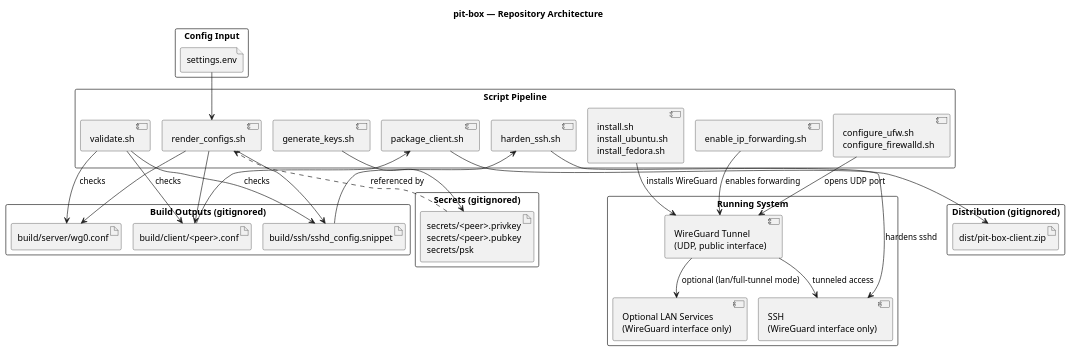
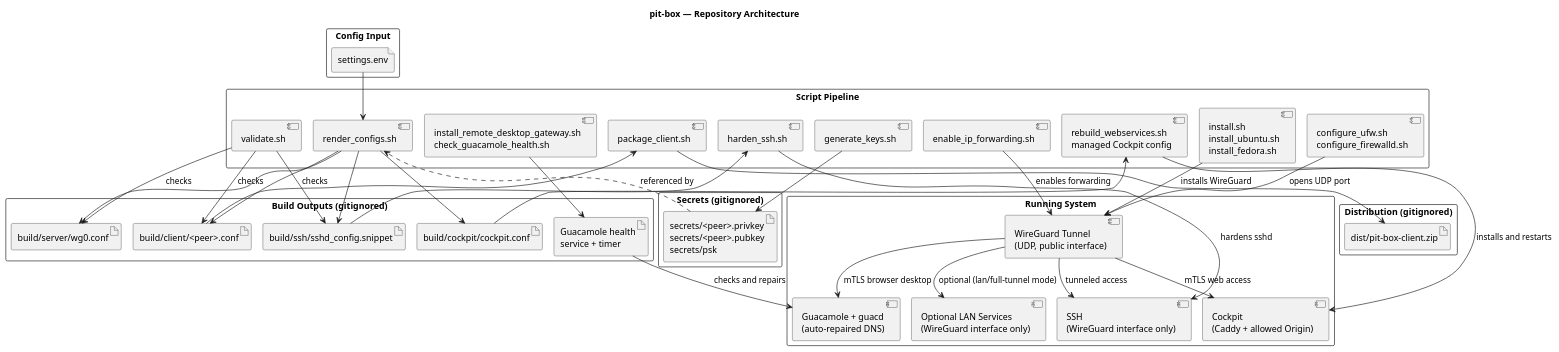
The diagram in docs/diagrams/repo-architecture.puml (casonk/pit-box), drawn with PlantUML before and after one commit. The commit also changed 21 other files, not shown here.

```diff
--- a/docs/diagrams/repo-architecture.puml
+++ b/docs/diagrams/repo-architecture.puml
@@ -1,65 +1,78 @@
 @startuml repo-architecture
 !pragma layout smetana
 
 title pit-box — Repository Architecture
 
 rectangle "Config Input" {
     file "settings.env" as ENV
 }
 
 rectangle "Script Pipeline" {
     component "render_configs.sh" as RENDER
     component "generate_keys.sh" as KEYGEN
     component "install.sh\ninstall_ubuntu.sh\ninstall_fedora.sh" as INSTALL
     component "enable_ip_forwarding.sh" as IPFWD
     component "configure_ufw.sh\nconfigure_firewalld.sh" as FIREWALL
     component "harden_ssh.sh" as HARDEN
     component "package_client.sh" as PACKAGE
     component "validate.sh" as VALIDATE
+    component "rebuild_webservices.sh\nmanaged Cockpit config" as WEB_REBUILD
+    component "install_remote_desktop_gateway.sh\ncheck_guacamole_health.sh" as DESKTOP_GATEWAY
 }
 
 rectangle "Build Outputs (gitignored)" {
     artifact "build/server/wg0.conf" as WG_SERVER
     artifact "build/client/<peer>.conf" as WG_CLIENT
     artifact "build/ssh/sshd_config.snippet" as SSH_SNIPPET
+    artifact "build/cockpit/cockpit.conf" as COCKPIT_CONFIG
+    artifact "Guacamole health\nservice + timer" as GUAC_HEALTH
 }
 
 rectangle "Distribution (gitignored)" {
     artifact "dist/pit-box-client.zip" as DIST
 }
 
 rectangle "Secrets (gitignored)" {
     artifact "secrets/<peer>.privkey\nsecrets/<peer>.pubkey\nsecrets/psk" as KEYS
 }
 
 rectangle "Running System" {
     component "WireGuard Tunnel\n(UDP, public interface)" as WG_SVC
     component "SSH\n(WireGuard interface only)" as SSH_SVC
     component "Optional LAN Services\n(WireGuard interface only)" as LAN_SVC
+    component "Cockpit\n(Caddy + allowed Origin)" as COCKPIT_SVC
+    component "Guacamole + guacd\n(auto-repaired DNS)" as GUAC_SVC
 }
 
 ENV --> RENDER
 RENDER --> WG_SERVER
 RENDER --> WG_CLIENT
 RENDER --> SSH_SNIPPET
+RENDER --> COCKPIT_CONFIG
+DESKTOP_GATEWAY --> GUAC_HEALTH
 
 KEYGEN --> KEYS
 KEYS ..> RENDER : referenced by
 
 INSTALL --> WG_SVC : installs WireGuard
 IPFWD --> WG_SVC : enables forwarding
 FIREWALL --> WG_SVC : opens UDP port
 SSH_SNIPPET --> HARDEN
 HARDEN --> SSH_SVC : hardens sshd
+COCKPIT_CONFIG --> WEB_REBUILD
+WEB_REBUILD --> COCKPIT_SVC : installs and restarts
+GUAC_HEALTH --> GUAC_SVC : checks and repairs
 
 WG_CLIENT --> PACKAGE
 PACKAGE --> DIST
 
 VALIDATE --> WG_SERVER : checks
 VALIDATE --> WG_CLIENT : checks
 VALIDATE --> SSH_SNIPPET : checks
 
 WG_SVC --> SSH_SVC : tunneled access
 WG_SVC --> LAN_SVC : optional (lan/full-tunnel mode)
+WG_SVC --> COCKPIT_SVC : mTLS web access
+WG_SVC --> GUAC_SVC : mTLS browser desktop
 
 @enduml
```
